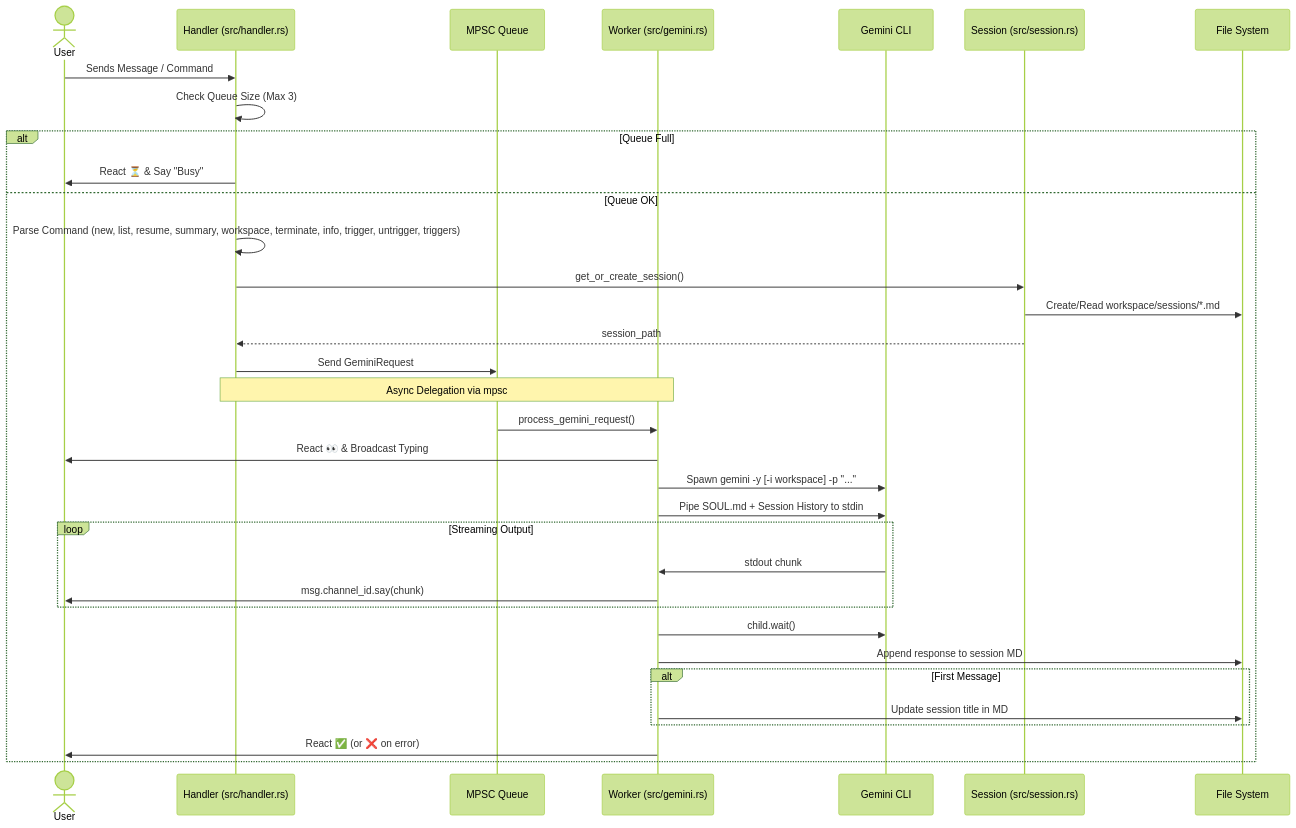
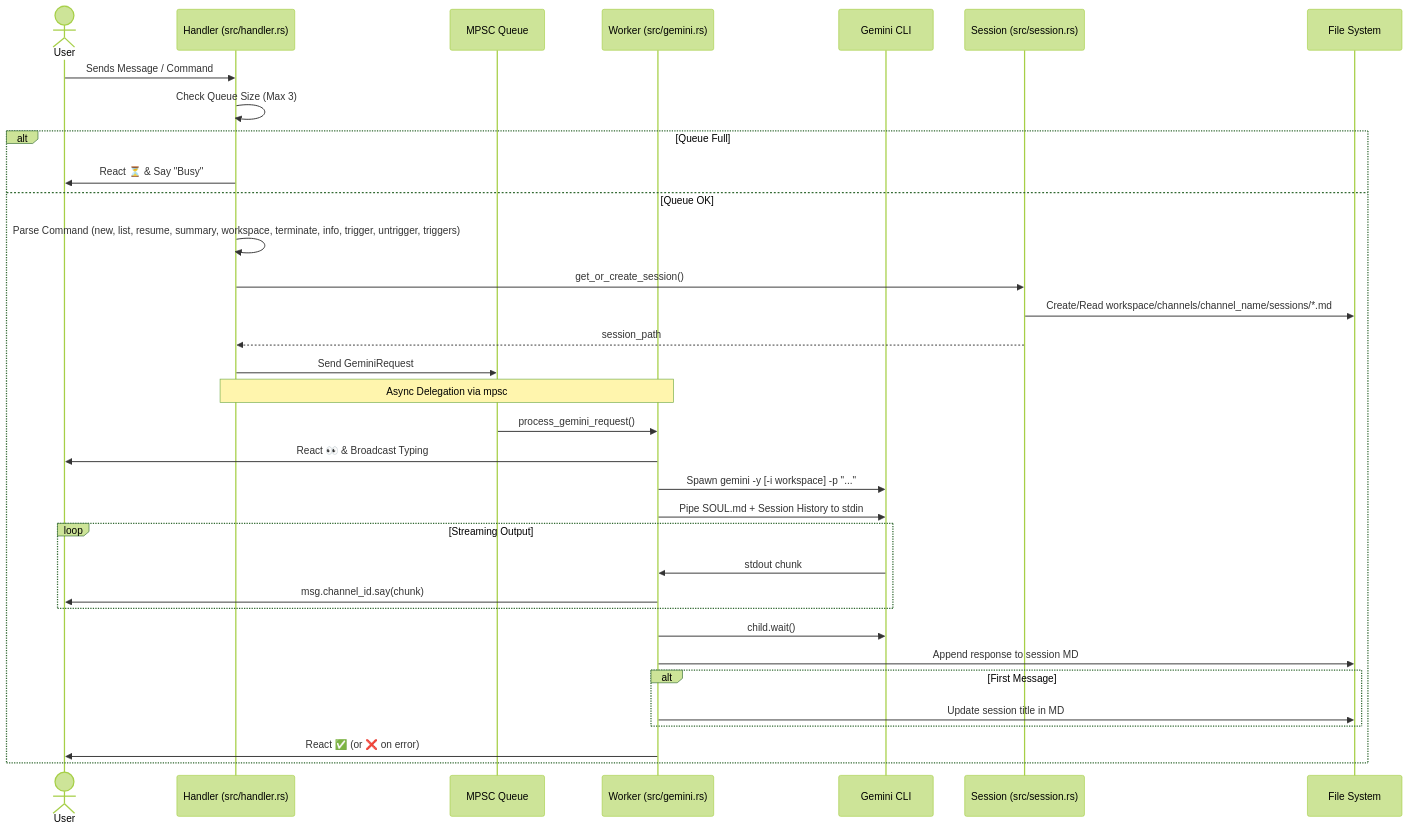
Before and after one commit to canejune/DiscordBot: the second of 2 diagrams in docs/architecture.md, drawn with Mermaid (forest theme). The commit also changed other lines of this file and 6 other files, not shown here.

````diff
--- a/docs/architecture.md
+++ b/docs/architecture.md
@@ -24,37 +24,37 @@
 ```mermaid
 sequenceDiagram
     actor User
     participant H as Handler (src/handler.rs)
     participant Q as MPSC Queue
     participant W as Worker (src/gemini.rs)
     participant G as Gemini CLI
     participant S as Session (src/session.rs)
     participant FS as File System
 
     User->>H: Sends Message / Command
     H->>H: Check Queue Size (Max 3)
     alt Queue Full
         H->>User: React ⏳ & Say "Busy"
     else Queue OK
         H->>H: Parse Command (new, list, resume, summary, workspace, terminate, info, trigger, untrigger, triggers)
         H->>S: get_or_create_session()
-        S->>FS: Create/Read workspace/sessions/*.md
+        S->>FS: Create/Read workspace/channels/channel_name/sessions/*.md
         S-->>H: session_path
         H->>Q: Send GeminiRequest
         Note over H,W: Async Delegation via mpsc
         Q->>W: process_gemini_request()
         W->>User: React 👀 & Broadcast Typing
         W->>G: Spawn gemini -y [-i workspace] -p "..."
         W->>G: Pipe SOUL.md + Session History to stdin
         loop Streaming Output
             G->>W: stdout chunk
             W->>User: msg.channel_id.say(chunk)
         end
         W->>G: child.wait()
         W->>FS: Append response to session MD
         alt First Message
             W->>FS: Update session title in MD
         end
         W->>User: React ✅ (or ❌ on error)
     end
 ```
````
